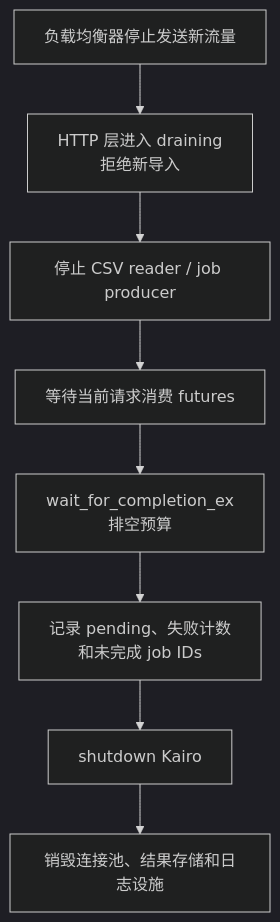
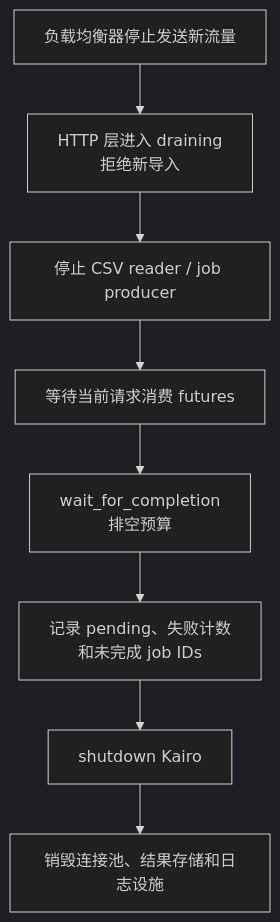
The second of 2 diagrams in website/zh/tutorial/service-data-import.md (Linductor-alkaid/kairo), drawn with Mermaid (dark theme) before and after one commit. The commit also changed other lines of this file and 128 other files, not shown here.

````diff
--- a/website/zh/tutorial/service-data-import.md
+++ b/website/zh/tutorial/service-data-import.md
@@ -166,10 +166,10 @@
 ```mermaid
 flowchart TD
     A[负载均衡器停止发送新流量] --> B[HTTP 层进入 draining<br/>拒绝新导入]
     B --> C[停止 CSV reader / job producer]
     C --> D[等待当前请求消费 futures]
-    D --> E[wait_for_completion_ex<br/>排空预算]
+    D --> E[wait_for_completion<br/>排空预算]
     E --> F[记录 pending、失败计数<br/>和未完成 job IDs]
     F --> G[shutdown Kairo]
     G --> H[销毁连接池、结果存储和日志设施]
 ```
````
